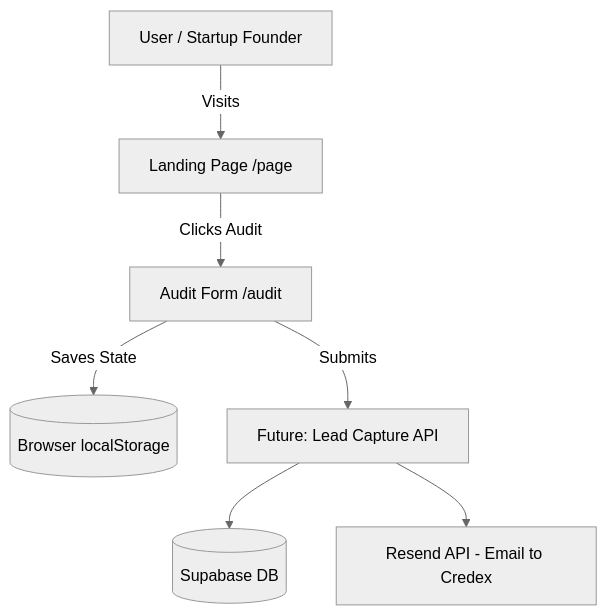
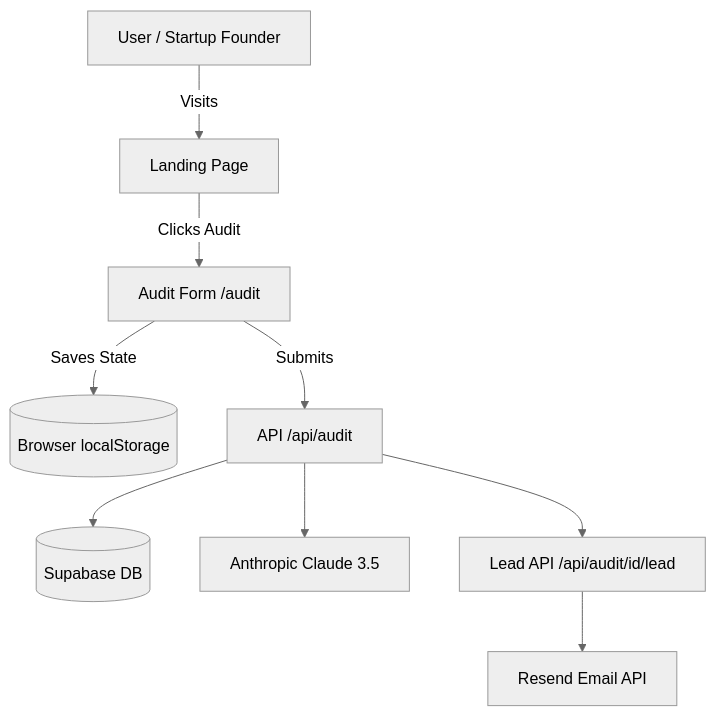
Before and after one commit to aditya-raulji/SpendLens: the diagram in ARCHITECTURE.md, drawn with Mermaid (neutral theme). The commit also changed other lines of this file and 1 other file, not shown here.

Commit message:
docs: finalize architecture diagram and add tests documentation

````diff
--- a/ARCHITECTURE.md
+++ b/ARCHITECTURE.md
@@ -4,9 +4,11 @@
 ```mermaid
 graph TD;
-  User[User / Startup Founder] -->|Visits| LandingPage[Landing Page /page]
+  User[User / Startup Founder] -->|Visits| LandingPage[Landing Page]
   LandingPage -->|Clicks Audit| Form[Audit Form /audit]
   Form -->|Saves State| LocalStorage[(Browser localStorage)]
-  Form -->|Submits| FutureAPI[Future: Lead Capture API]
-  FutureAPI --> Supabase[(Supabase DB)]
-  FutureAPI --> Email[Resend API - Email to Credex]
+  Form -->|Submits| API[API /api/audit]
+  API --> Supabase[(Supabase DB)]
+  API --> AI[Anthropic Claude 3.5]
+  API --> LeadAPI[Lead API /api/audit/id/lead]
+  LeadAPI --> Resend[Resend Email API]
 ```
````
